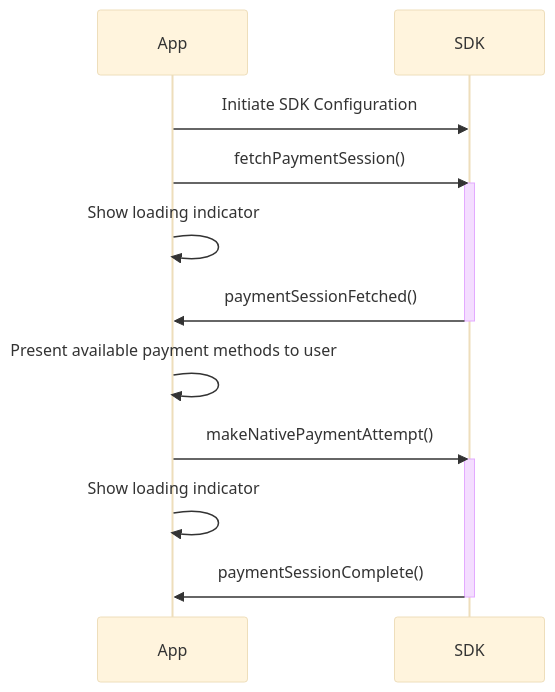
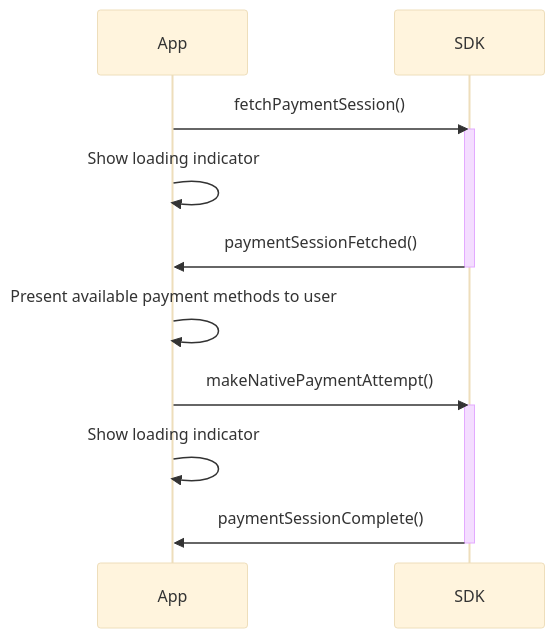
Before and after one commit to SwedbankPay/developer.swedbankpay.com: the first of 4 diagrams in checkout-v3/modules-sdks/mobile-sdk/native-payments.md, drawn with Mermaid (base theme). The commit also changed other lines of this file, not shown here.

````diff
--- a/checkout-v3/modules-sdks/mobile-sdk/native-payments.md
+++ b/checkout-v3/modules-sdks/mobile-sdk/native-payments.md
@@ -37,18 +37,17 @@
 ```mermaid
 sequenceDiagram
     participant App
     participant SDK
 
-    App ->> SDK: Initiate SDK Configuration
     App ->> SDK: fetchPaymentSession()
     activate SDK
     App ->> App: Show loading indicator
     SDK ->> App: paymentSessionFetched()
     deactivate SDK
     App ->> App: Present available payment methods to user
     App ->> SDK: makeNativePaymentAttempt()
     activate SDK
     App ->> App: Show loading indicator
     SDK ->> App: paymentSessionComplete()
     deactivate SDK
 ```
````
